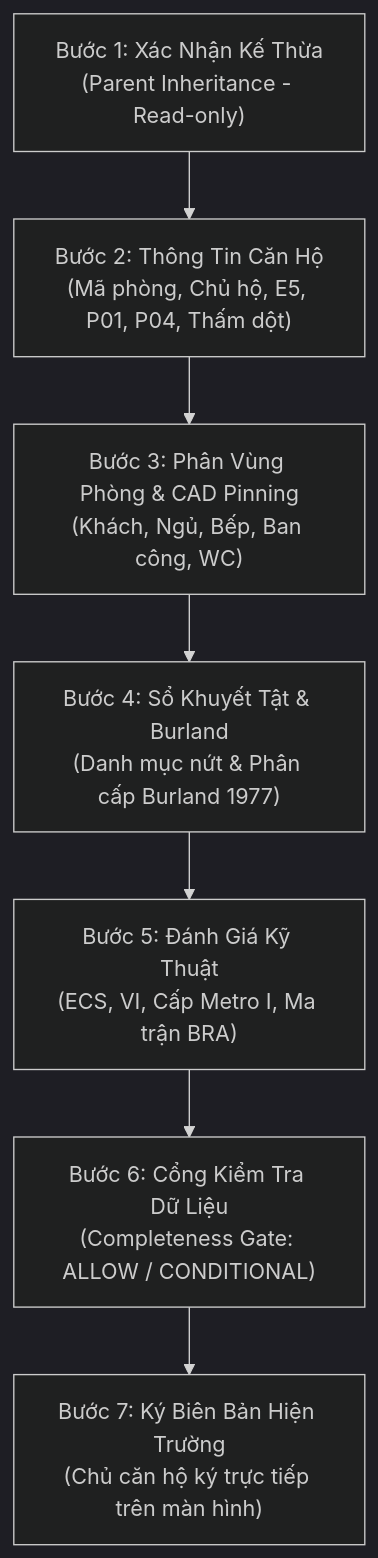
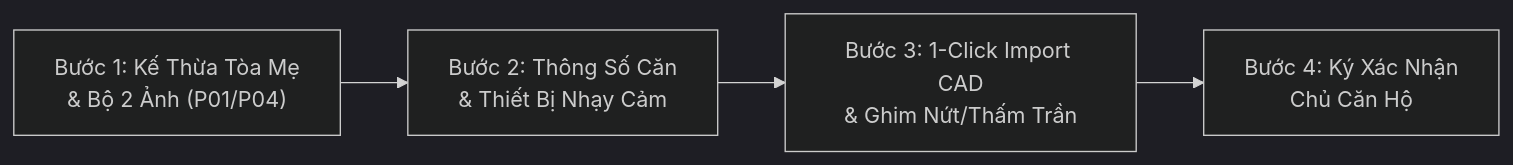
One commit to Vqd2k6/BCR-System changed the diagram in docs/spec_chung_cu/03_CONDO_UNIT_SURVEY_SPEC.md. Above: the diagram before and after it, drawn with Mermaid (dark theme). The commit also changed other lines of this file and 19 other files, not shown here.

Commit message:
feat(condo): implement building cad slicer, unit cad import, and streamlined 4-step survey form

````diff
--- a/docs/spec_chung_cu/03_CONDO_UNIT_SURVEY_SPEC.md
+++ b/docs/spec_chung_cu/03_CONDO_UNIT_SURVEY_SPEC.md
@@ -23,9 +26,6 @@
 ```mermaid
-graph TD
-    B1["Bước 1: Xác Nhận Kế Thừa<br/>(Parent Inheritance - Read-only)"] --> B2["Bước 2: Thông Tin Căn Hộ<br/>(Mã phòng, Chủ hộ, E5, P01, P04, Thấm dột)"]
-    B2 --> B3["Bước 3: Phân Vùng Phòng & CAD Pinning<br/>(Khách, Ngủ, Bếp, Ban công, WC)"]
-    B3 --> B4["Bước 4: Sổ Khuyết Tật & Burland<br/>(Danh mục nứt & Phân cấp Burland 1977)"]
-    B4 --> B5["Bước 5: Đánh Giá Kỹ Thuật<br/>(ECS, VI, Cấp Metro I, Ma trận BRA)"]
-    B5 --> B6["Bước 6: Cổng Kiểm Tra Dữ Liệu<br/>(Completeness Gate: ALLOW / CONDITIONAL)"]
-    B6 --> B7["Bước 7: Ký Biên Bản Hiện Trường<br/>(Chủ căn hộ ký trực tiếp trên màn hình)"]
+graph LR
+    B1["Bước 1: Kế Thừa Tòa Mẹ<br/>& Bộ 2 Ảnh (P01/P04)"] --> B2["Bước 2: Thông Số Căn<br/>& Thiết Bị Nhạy Cảm"]
+    B2 --> B3["Bước 3: 1-Click Import CAD<br/>& Ghim Nứt/Thấm Trần"]
+    B3 --> B4["Bước 4: Ký Xác Nhận<br/>Chủ Căn Hộ"]
 ```
````
